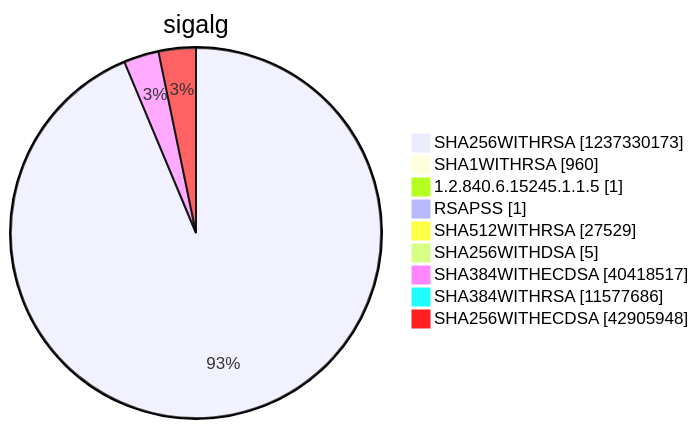
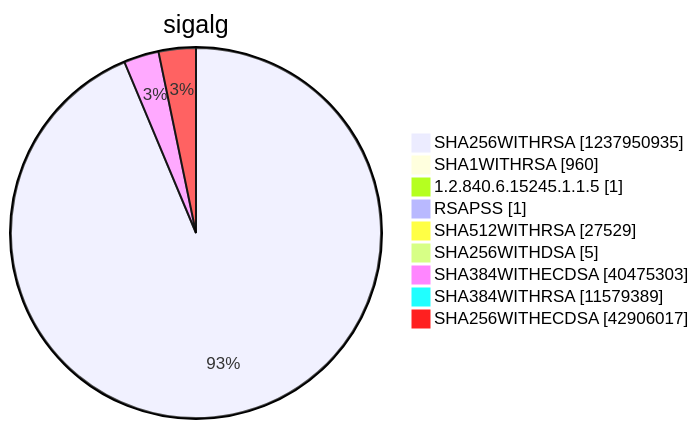
Diagram 15 of 15 in argon2022/README.md (christiankrug/ctmonitor_visualization), drawn with Mermaid before and after one commit. The commit also changed other lines of this file, not shown here.

````diff
--- a/argon2022/README.md
+++ b/argon2022/README.md
@@ -5522,13 +5522,13 @@
 ```mermaid
 pie showData
 title sigalg
-"SHA256WITHRSA" :1237330173
+"SHA256WITHRSA" :1237950935
 "SHA1WITHRSA" :960
 "1.2.840.6.15245.1.1.5" :1
 "RSAPSS" :1
 "SHA512WITHRSA" :27529
 "SHA256WITHDSA" :5
-"SHA384WITHECDSA" :40418517
-"SHA384WITHRSA" :11577686
-"SHA256WITHECDSA" :42905948
+"SHA384WITHECDSA" :40475303
+"SHA384WITHRSA" :11579389
+"SHA256WITHECDSA" :42906017
 ```
````
